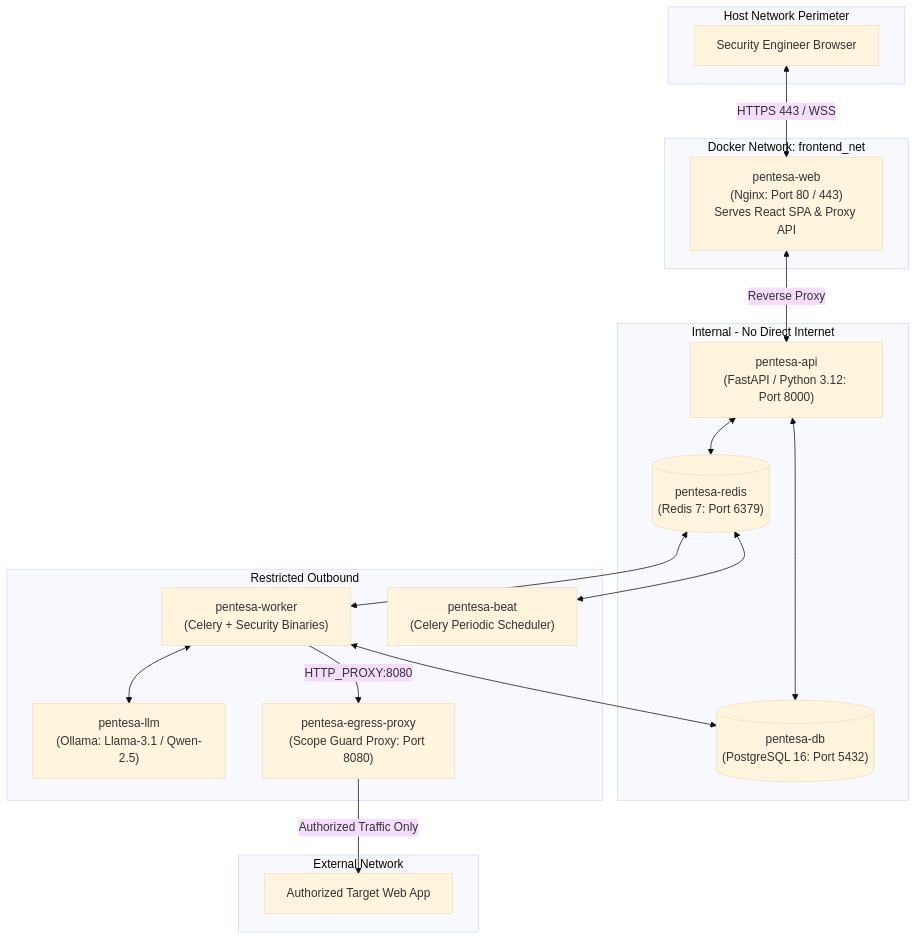
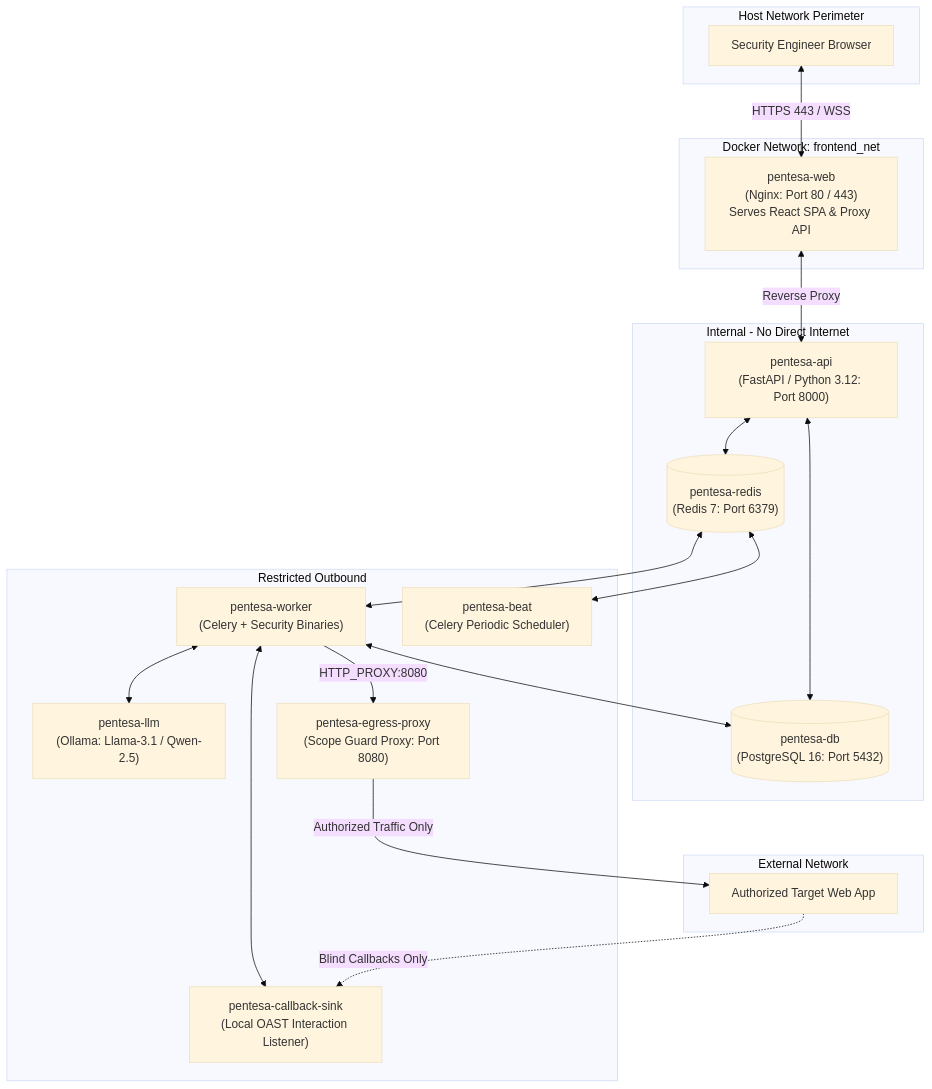
Before and after one commit to bayuaji732/pentesa: the diagram in docs/18-deployment-architecture.md, drawn with Mermaid (base theme). The commit also changed other lines of this file and 55 other files, not shown here.

Commit message:
chore(review): apply architectural review fixes, ADR-007, and RTM report

````diff
--- a/docs/18-deployment-architecture.md
+++ b/docs/18-deployment-architecture.md
@@ -37,38 +37,41 @@
 ```mermaid
 flowchart TB
     subgraph Host Network Perimeter
         ClientBrowser[Security Engineer Browser]
     end
 
     subgraph Docker Network: frontend_net
         Nginx["pentesa-web\n(Nginx: Port 80 / 443)\nServes React SPA & Proxy API"]
     end
 
     subgraph Docker Network: backend_net [Internal - No Direct Internet]
         FastAPI["pentesa-api\n(FastAPI / Python 3.12: Port 8000)"]
         Postgres[("pentesa-db\n(PostgreSQL 16: Port 5432)")]
         RedisQueue[("pentesa-redis\n(Redis 7: Port 6379)")]
     end
 
     subgraph Docker Network: worker_net [Restricted Outbound]
         Worker["pentesa-worker\n(Celery + Security Binaries)"]
         Beat["pentesa-beat\n(Celery Periodic Scheduler)"]
         Ollama["pentesa-llm\n(Ollama: Llama-3.1 / Qwen-2.5)"]
         EgressProxy["pentesa-egress-proxy\n(Scope Guard Proxy: Port 8080)"]
+        CallbackSink["pentesa-callback-sink\n(Local OAST Interaction Listener)"]
     end
 
     subgraph External Network
         TargetApp["Authorized Target Web App"]
     end
 
     ClientBrowser <-->|HTTPS 443 / WSS| Nginx
     Nginx <-->|Reverse Proxy| FastAPI
     FastAPI <--> Postgres
     FastAPI <--> RedisQueue
     RedisQueue <--> Worker
     RedisQueue <--> Beat
     Worker <--> Postgres
     Worker <--> Ollama
+    Worker <--> CallbackSink
     Worker -->|HTTP_PROXY:8080| EgressProxy
     EgressProxy -->|Authorized Traffic Only| TargetApp
+    TargetApp -.->|Blind Callbacks Only| CallbackSink
 ```
````
